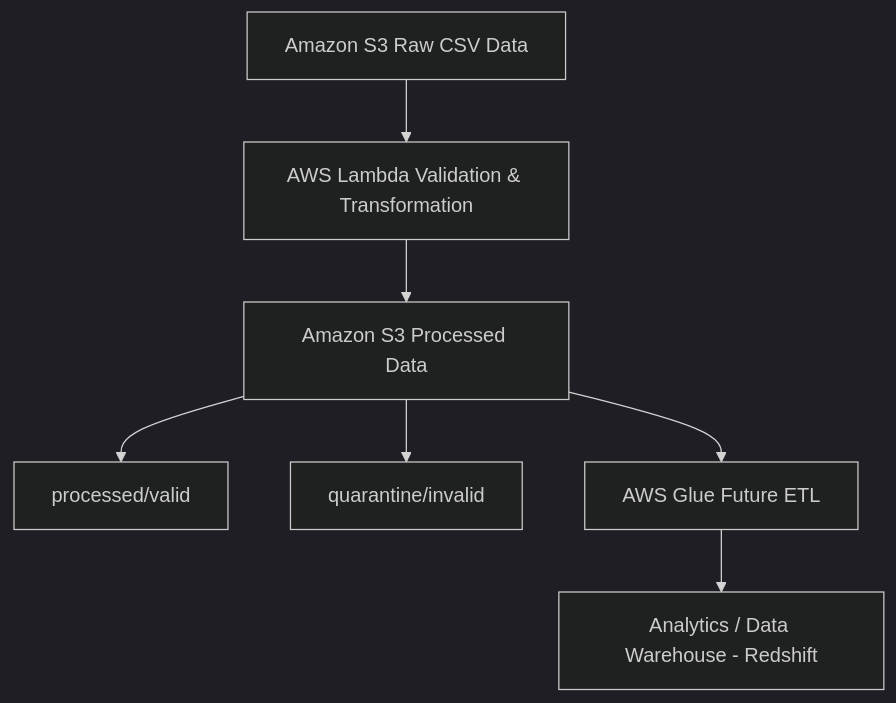
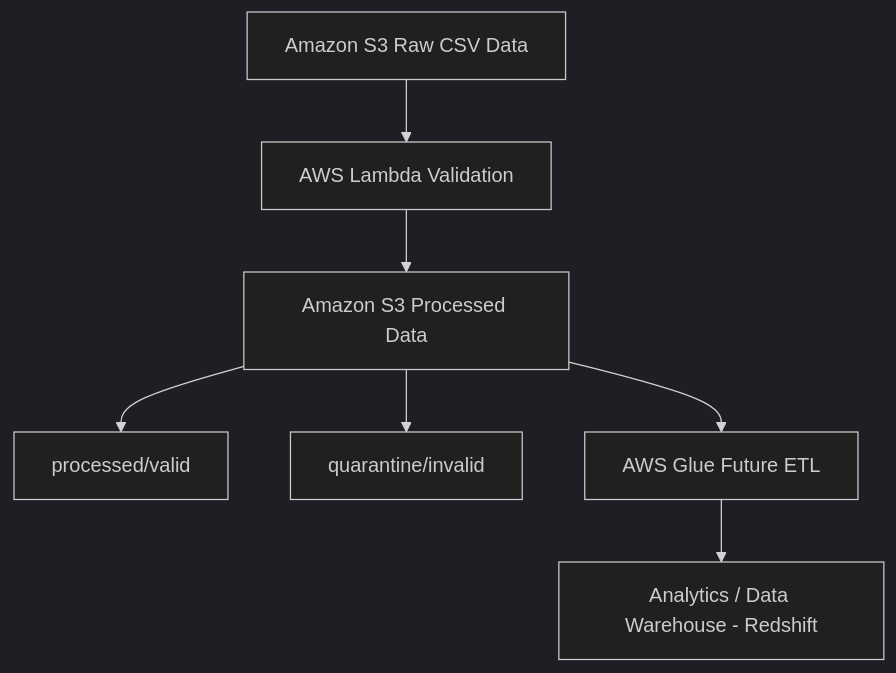
Before and after one commit to Sreenathravindra/lambda_s3_invokation: the diagram in README.md, drawn with Mermaid (dark theme). The commit also changed other lines of this file and 1 other file, not shown here.

````diff
--- a/README.md
+++ b/README.md
@@ -11,11 +11,11 @@
 ```mermaid
 flowchart TD
-    A[Amazon S3 Raw CSV Data] --> B[AWS Lambda Validation & Transformation]
+    A[Amazon S3 Raw CSV Data] --> B[AWS Lambda Validation]
     B --> C[Amazon S3 Processed Data]
 
     C --> D[processed/valid]
     C --> E[quarantine/invalid]
 
     C --> F[AWS Glue Future ETL]
     F --> G[Analytics / Data Warehouse - Redshift]
 ```
````
